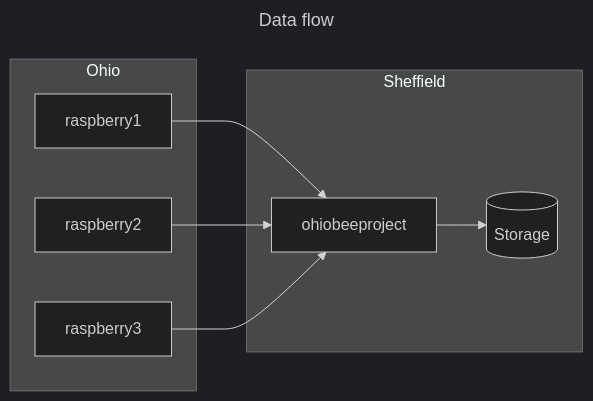
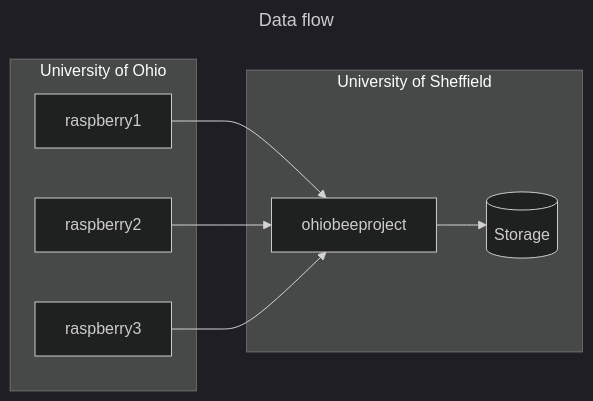
One commit to SheffieldMLtracking/data-pipeline changed the first of 2 diagrams in README.md. Above: the diagram before and after it, drawn with Mermaid (dark theme). The commit also changed other lines of this file and 4 other files, not shown here.

````diff
--- a/README.md
+++ b/README.md
@@ -9,19 +9,19 @@
 ```mermaid
 ---
 title: Data flow
 ---
 flowchart LR
-subgraph Ohio
+subgraph "University of Ohio"
     raspberry1
     raspberry2
     raspberry3
 end
 
 raspberry1 --> ohiobeeproject
 raspberry2 --> ohiobeeproject
 raspberry3 --> ohiobeeproject
 
-subgraph Sheffield
+subgraph "University of Sheffield"
     ohiobeeproject --> storage[("Storage")]
 end
 ```
````
